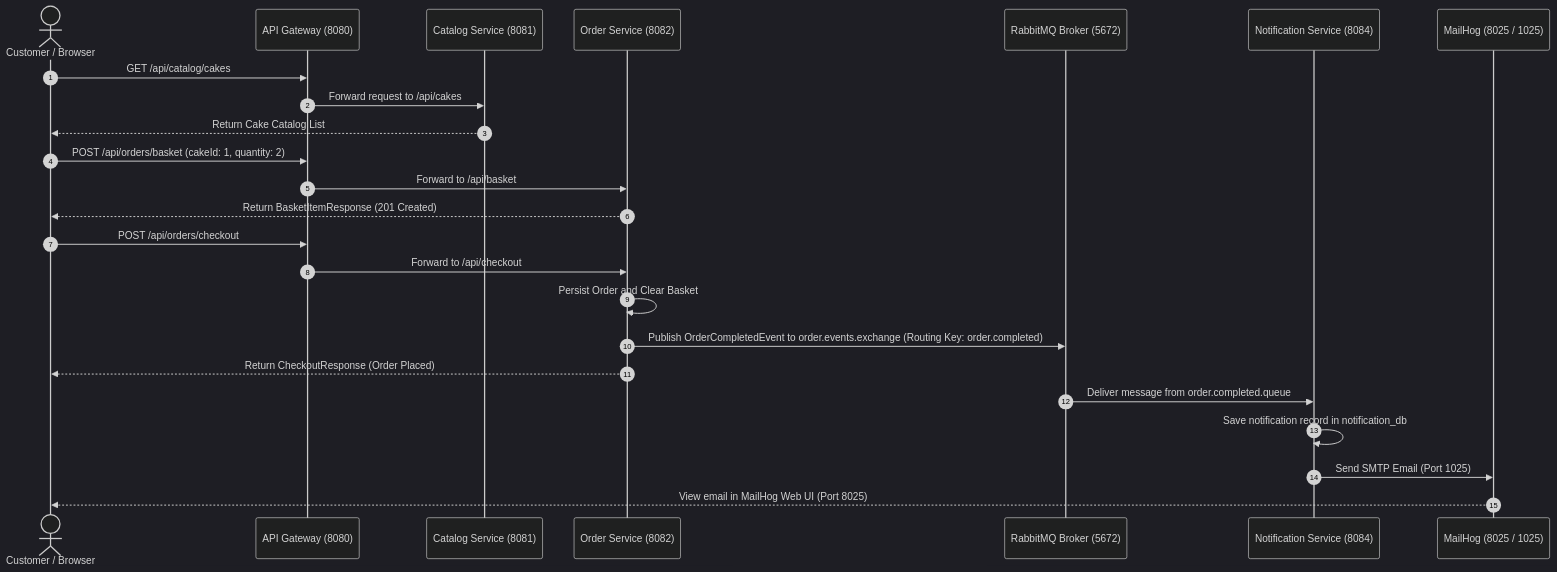
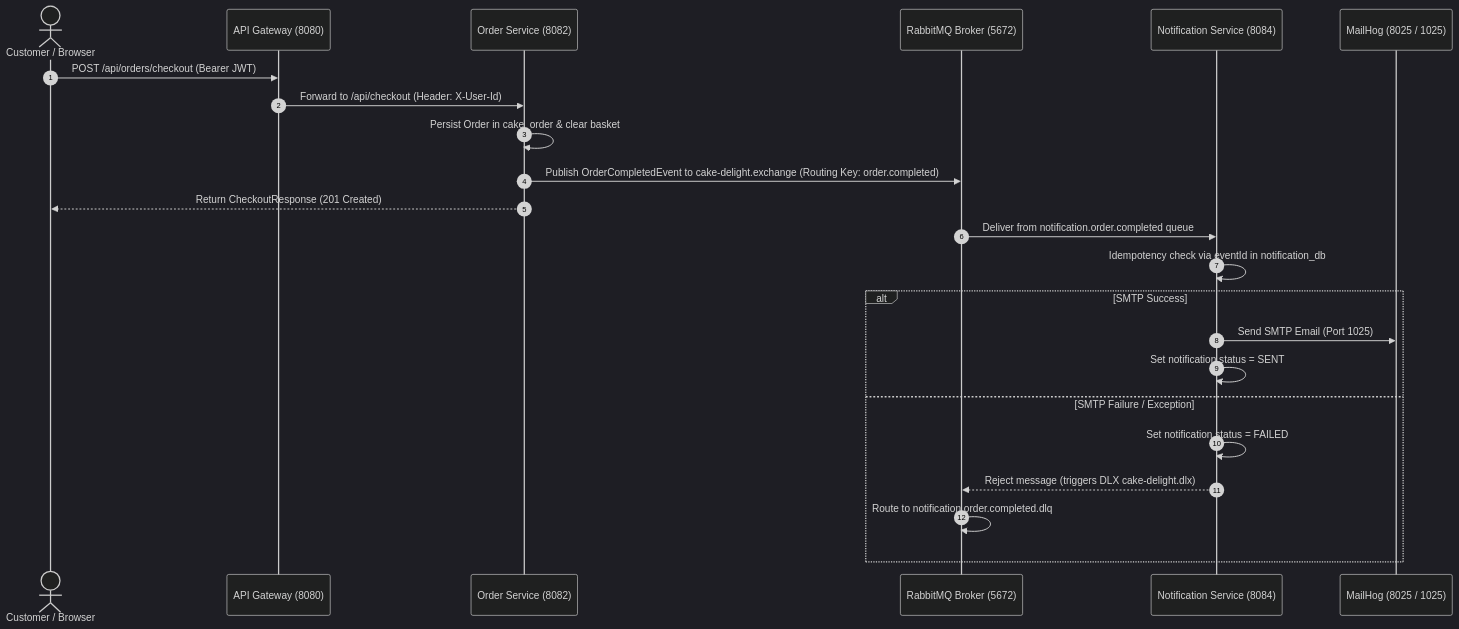
Before and after one commit to prathibha-15/Cake-Delight-: the fourth of 5 diagrams in docs/architecture.md, drawn with Mermaid (dark theme). The commit also changed other lines of this file and 65 other files, not shown here.

Commit message:
feat: implement user order history, JWT gateway security, and update documentation

````diff
--- a/docs/architecture.md
+++ b/docs/architecture.md
@@ -85,30 +126,27 @@
 ```mermaid
 sequenceDiagram
     autonumber
     actor Customer as Customer / Browser
     participant Gateway as API Gateway (8080)
-    participant Catalog as Catalog Service (8081)
     participant Order as Order Service (8082)
     participant Rabbit as RabbitMQ Broker (5672)
     participant Notif as Notification Service (8084)
     participant Mail as MailHog (8025 / 1025)
 
-    Customer->>Gateway: GET /api/catalog/cakes
-    Gateway->>Catalog: Forward request to /api/cakes
-    Catalog-->>Customer: Return Cake Catalog List
+    Customer->>Gateway: POST /api/orders/checkout (Bearer JWT)
+    Gateway->>Order: Forward to /api/checkout (Header: X-User-Id)
+    Order->>Order: Persist Order in cake_order & clear basket
+    Order->>Rabbit: Publish OrderCompletedEvent to cake-delight.exchange (Routing Key: order.completed)
+    Order-->>Customer: Return CheckoutResponse (201 Created)
 
-    Customer->>Gateway: POST /api/orders/basket (cakeId: 1, quantity: 2)
-    Gateway->>Order: Forward to /api/basket
-    Order-->>Customer: Return BasketItemResponse (201 Created)
-
-    Customer->>Gateway: POST /api/orders/checkout
-    Gateway->>Order: Forward to /api/checkout
-    Order->>Order: Persist Order and Clear Basket
-    Order->>Rabbit: Publish OrderCompletedEvent to order.events.exchange (Routing Key: order.completed)
-    Order-->>Customer: Return CheckoutResponse (Order Placed)
-
-    Rabbit->>Notif: Deliver message from order.completed.queue
-    Notif->>Notif: Save notification record in notification_db
-    Notif->>Mail: Send SMTP Email (Port 1025)
-    Mail-->>Customer: View email in MailHog Web UI (Port 8025)
+    Rabbit->>Notif: Deliver from notification.order.completed queue
+    Notif->>Notif: Idempotency check via eventId in notification_db
+    alt SMTP Success
+        Notif->>Mail: Send SMTP Email (Port 1025)
+        Notif->>Notif: Set notification status = SENT
+    else SMTP Failure / Exception
+        Notif->>Notif: Set notification status = FAILED
+        Notif-->>Rabbit: Reject message (triggers DLX cake-delight.dlx)
+        Rabbit->>Rabbit: Route to notification.order.completed.dlq
+    end
 ```
````
